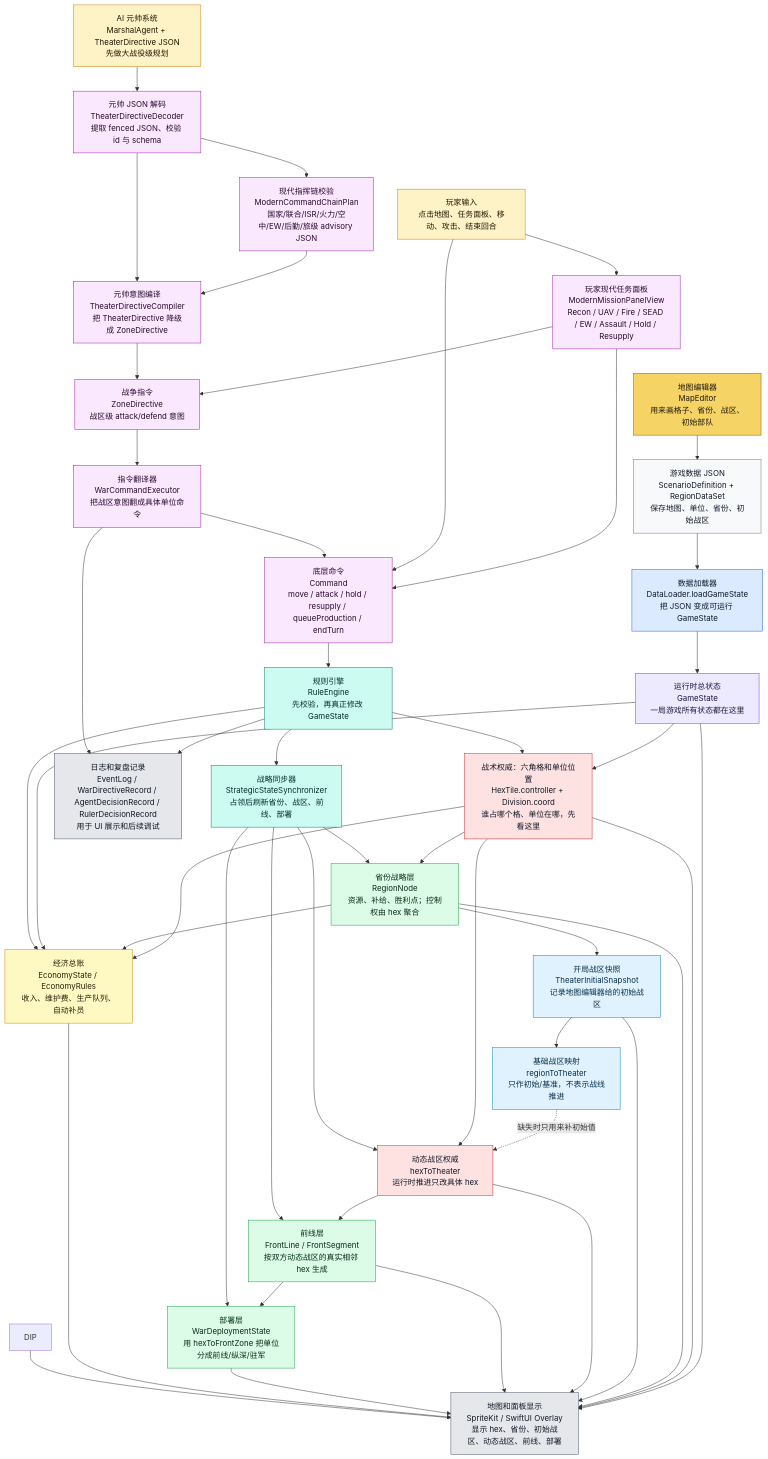
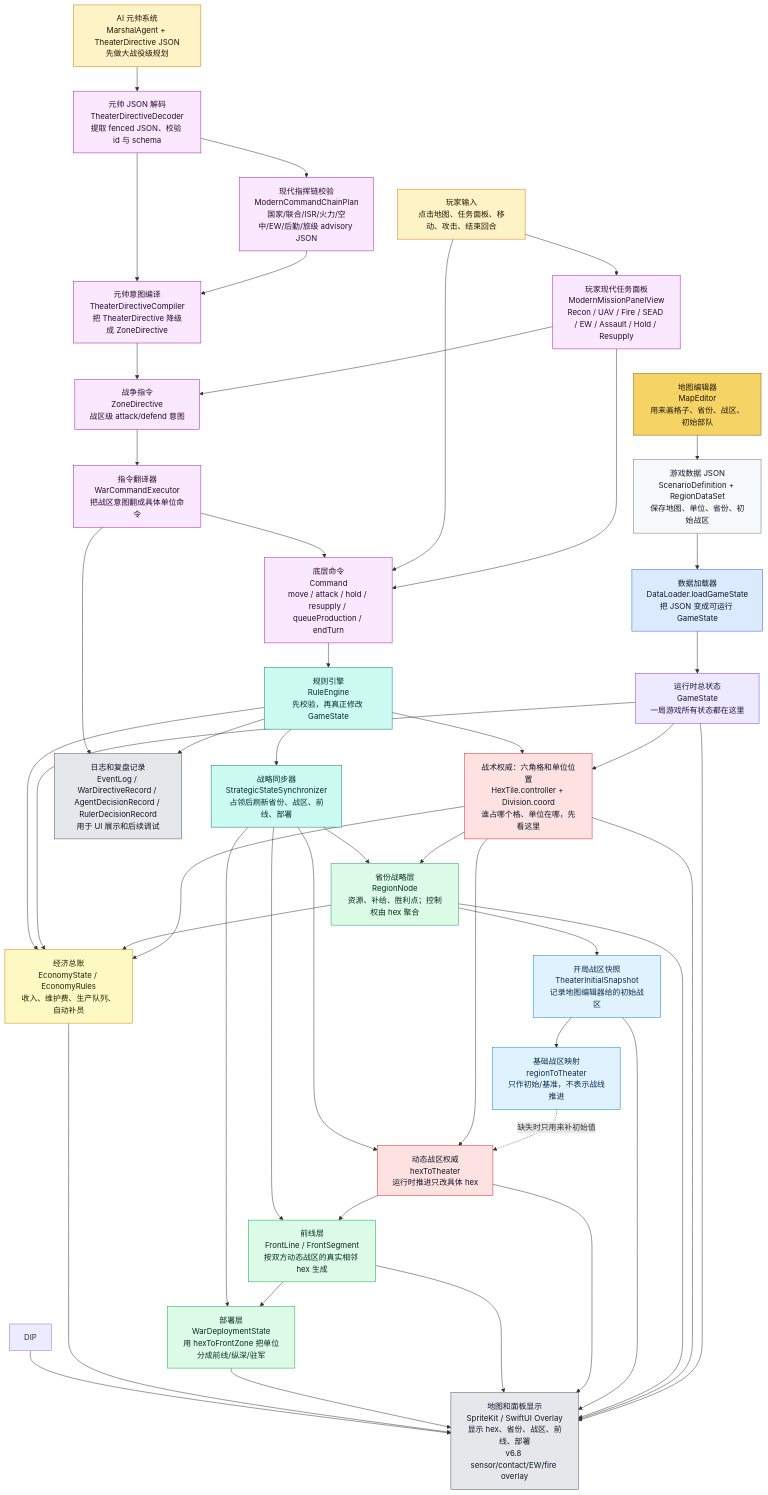
Diagram 11 of 18 in md/flow/flowchart.md (Altman-sam114/127), drawn with Mermaid before and after one commit. The commit also changed other lines of this file and 10 other files, not shown here.

````diff
--- a/md/flow/flowchart.md
+++ b/md/flow/flowchart.md
@@ -291,80 +321,80 @@
 ```mermaid
 flowchart TD
     ME["地图编辑器<br/>MapEditor<br/>用来画格子、省份、战区、初始部队"]:::editor
     JSON["游戏数据 JSON<br/>ScenarioDefinition + RegionDataSet<br/>保存地图、单位、省份、初始战区"]:::data
     DL["数据加载器<br/>DataLoader.loadGameState<br/>把 JSON 变成可运行 GameState"]:::loader
     GS["运行时总状态<br/>GameState<br/>一局游戏所有状态都在这里"]:::state
 
     HEX["战术权威：六角格和单位位置<br/>HexTile.controller + Division.coord<br/>谁占哪个格、单位在哪，先看这里"]:::authority
     REGION["省份战略层<br/>RegionNode<br/>资源、补给、胜利点；控制权由 hex 聚合"]:::derived
     INIT["开局战区快照<br/>TheaterInitialSnapshot<br/>记录地图编辑器给的初始战区"]:::snapshot
     R2T["基础战区映射<br/>regionToTheater<br/>只作初始/基准，不表示战线推进"]:::snapshot
     H2T["动态战区权威<br/>hexToTheater<br/>运行时推进只改具体 hex"]:::authority
     FRONT["前线层<br/>FrontLine / FrontSegment<br/>按双方动态战区的真实相邻 hex 生成"]:::derived
     DEPLOY["部署层<br/>WarDeploymentState<br/>用 hexToFrontZone 把单位分成前线/纵深/驻军"]:::derived
     ECO["经济总账<br/>EconomyState / EconomyRules<br/>收入、维护费、生产队列、自动补员"]:::economy
     PLAYER["玩家输入<br/>点击地图、任务面板、移动、攻击、结束回合"]:::input
     MISSION["玩家现代任务面板<br/>ModernMissionPanelView<br/>Recon / UAV / Fire / SEAD / EW / Assault / Hold / Resupply"]:::command
     AI["AI 元帅系统<br/>MarshalAgent + TheaterDirective JSON<br/>先做大战役级规划"]:::input
     DEC["元帅 JSON 解码<br/>TheaterDirectiveDecoder<br/>提取 fenced JSON、校验 id 与 schema"]:::command
     MCHAIN["现代指挥链校验<br/>ModernCommandChainPlan<br/>国家/联合/ISR/火力/空中/EW/后勤/旅级 advisory JSON"]:::command
     COMP["元帅意图编译<br/>TheaterDirectiveCompiler<br/>把 TheaterDirective 降级成 ZoneDirective"]:::command
     ZD["战争指令<br/>ZoneDirective<br/>战区级 attack/defend 意图"]:::command
     WCE["指令翻译器<br/>WarCommandExecutor<br/>把战区意图翻成具体单位命令"]:::command
     CMD["底层命令<br/>Command<br/>move / attack / hold / resupply / queueProduction / endTurn"]:::command
     RE["规则引擎<br/>RuleEngine<br/>先校验，再真正修改 GameState"]:::rules
     SYNC["战略同步器<br/>StrategicStateSynchronizer<br/>占领后刷新省份、战区、前线、部署"]:::rules
 
-    UI["地图和面板显示<br/>SpriteKit / SwiftUI Overlay<br/>显示 hex、省份、初始战区、动态战区、前线、部署"]:::ui
+    UI["地图和面板显示<br/>SpriteKit / SwiftUI Overlay<br/>显示 hex、省份、战区、前线、部署<br/>v6.8 sensor/contact/EW/fire overlay"]:::ui
     LOG["日志和复盘记录<br/>EventLog / WarDirectiveRecord / AgentDecisionRecord / RulerDecisionRecord<br/>用于 UI 展示和后续调试"]:::ui
 
     ME --> JSON --> DL --> GS
     GS --> HEX
     HEX --> REGION
     HEX --> ECO
     REGION --> ECO
     REGION --> INIT
     INIT --> R2T
     R2T -.->|缺失时只用来补初始值| H2T
     HEX --> H2T
     H2T --> FRONT --> DEPLOY
     GS --> ECO
 
     PLAYER --> MISSION --> CMD
     PLAYER --> CMD
     MISSION --> ZD
     AI --> DEC --> MCHAIN --> COMP --> ZD --> WCE --> CMD
     DEC --> COMP
     CMD --> RE --> HEX
     RE --> ECO
     RE --> SYNC
     SYNC --> REGION
     SYNC --> H2T
     SYNC --> FRONT
     SYNC --> DEPLOY
 
     GS --> UI
     HEX --> UI
     REGION --> UI
     INIT --> UI
     H2T --> UI
     FRONT --> UI
     DEPLOY --> UI
     ECO --> UI
     DIP --> UI
     RE --> LOG
     WCE --> LOG
 
     classDef editor fill:#f6d365,stroke:#8a5a00,color:#1f1b10
     classDef data fill:#f8f9fb,stroke:#6b7280,color:#111827
     classDef loader fill:#dbeafe,stroke:#2563eb,color:#0f172a
     classDef state fill:#ede9fe,stroke:#7c3aed,color:#1f143d
     classDef authority fill:#fee2e2,stroke:#dc2626,color:#111827
     classDef derived fill:#dcfce7,stroke:#16a34a,color:#052e16
     classDef snapshot fill:#e0f2fe,stroke:#0284c7,color:#082f49
     classDef input fill:#fef3c7,stroke:#d97706,color:#1f1600
     classDef economy fill:#fef9c3,stroke:#ca8a04,color:#292107
     classDef command fill:#fae8ff,stroke:#a21caf,color:#2a0a2f
     classDef rules fill:#ccfbf1,stroke:#0f766e,color:#042f2e
     classDef ui fill:#e5e7eb,stroke:#4b5563,color:#111827
 ```
````
